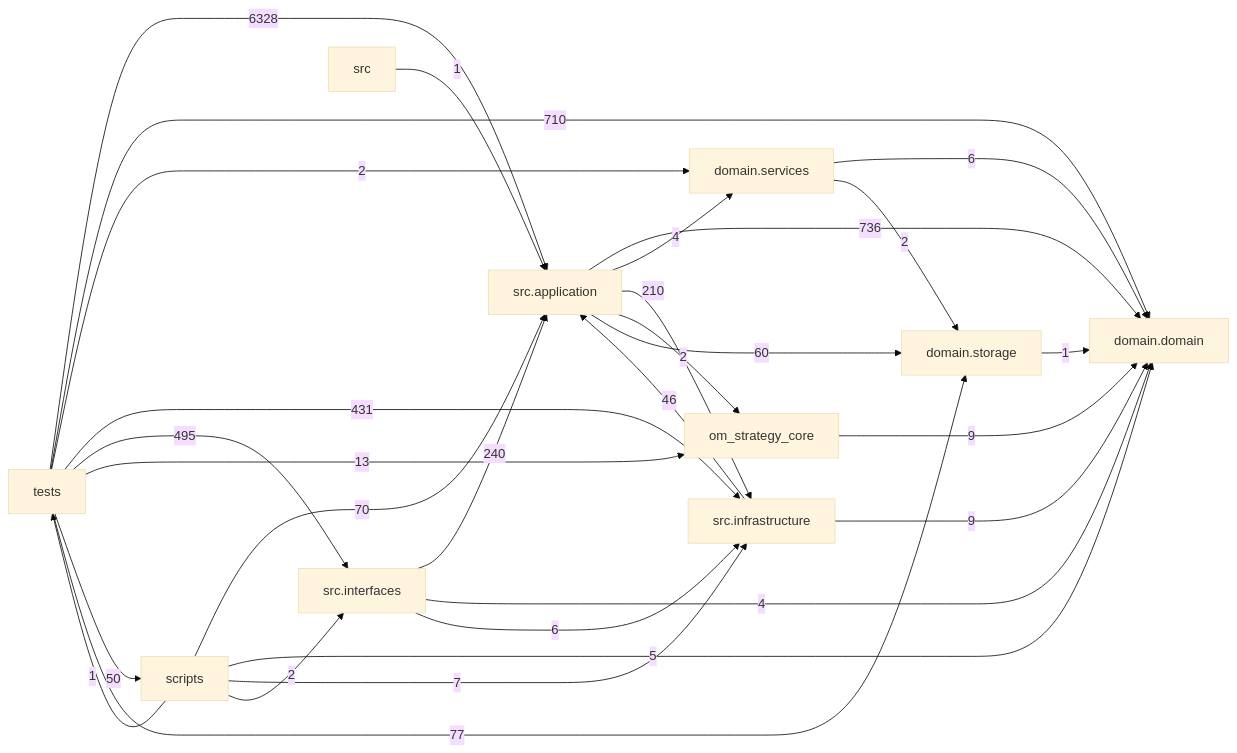
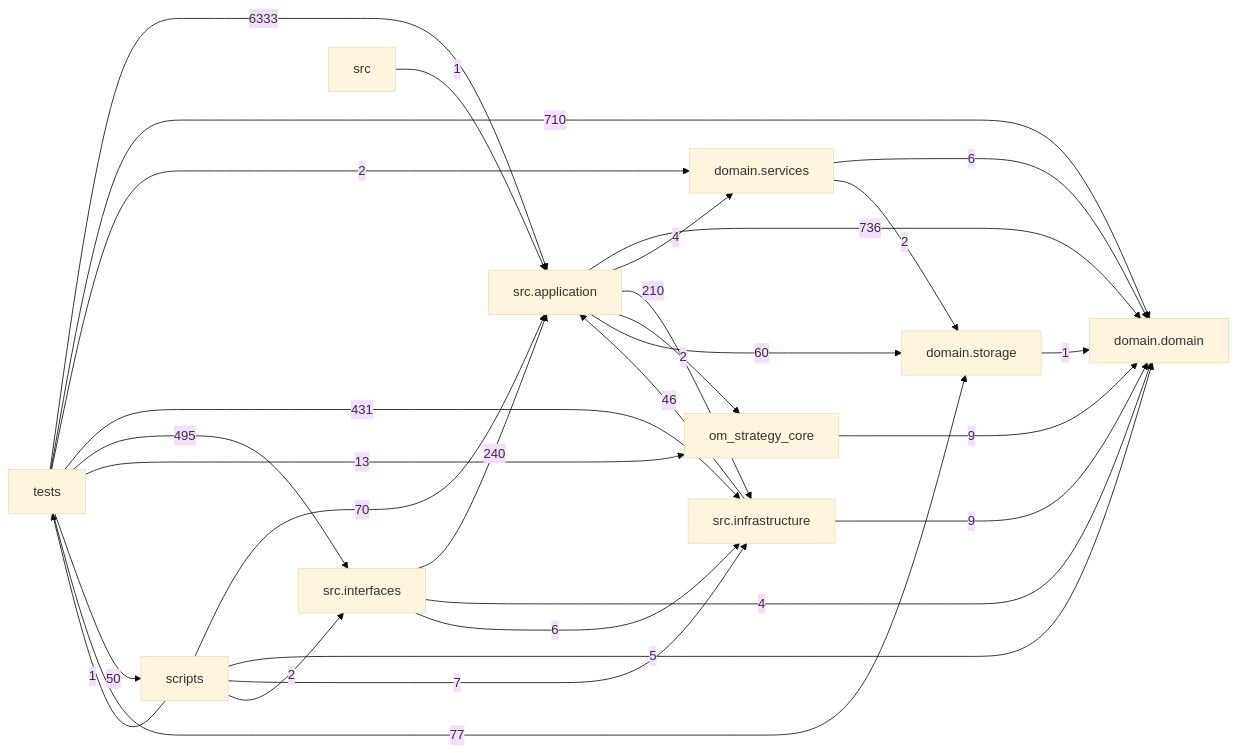
The diagram in docs/DEPENDENCY_GRAPH.md (liuxie066/options-monitor), drawn with Mermaid (base theme) before and after one commit. The commit also changed other lines of this file and 6 other files, not shown here.

````diff
--- a/docs/DEPENDENCY_GRAPH.md
+++ b/docs/DEPENDENCY_GRAPH.md
@@ -24,39 +24,39 @@
 ```mermaid
 flowchart LR
   tests["tests"]
   scripts["scripts"]
   interfaces["src.interfaces"]
   application["src.application"]
   infrastructure["src.infrastructure"]
   domain_services["domain.services"]
   domain["domain.domain"]
   storage["domain.storage"]
   application -->|736| domain
   application -->|4| domain_services
   application -->|210| infrastructure
   application -->|2| om_strategy_core
   application -->|60| storage
   domain_services -->|6| domain
   domain_services -->|2| storage
   infrastructure -->|46| application
   infrastructure -->|9| domain
   interfaces -->|240| application
   interfaces -->|4| domain
   interfaces -->|6| infrastructure
   om_strategy_core -->|9| domain
   scripts -->|70| application
   scripts -->|5| domain
   scripts -->|7| infrastructure
   scripts -->|2| interfaces
   scripts -->|1| tests
   src -->|1| application
   storage -->|1| domain
-  tests -->|6328| application
+  tests -->|6333| application
   tests -->|710| domain
   tests -->|2| domain_services
   tests -->|431| infrastructure
   tests -->|495| interfaces
   tests -->|13| om_strategy_core
   tests -->|50| scripts
   tests -->|77| storage
 ```
````
